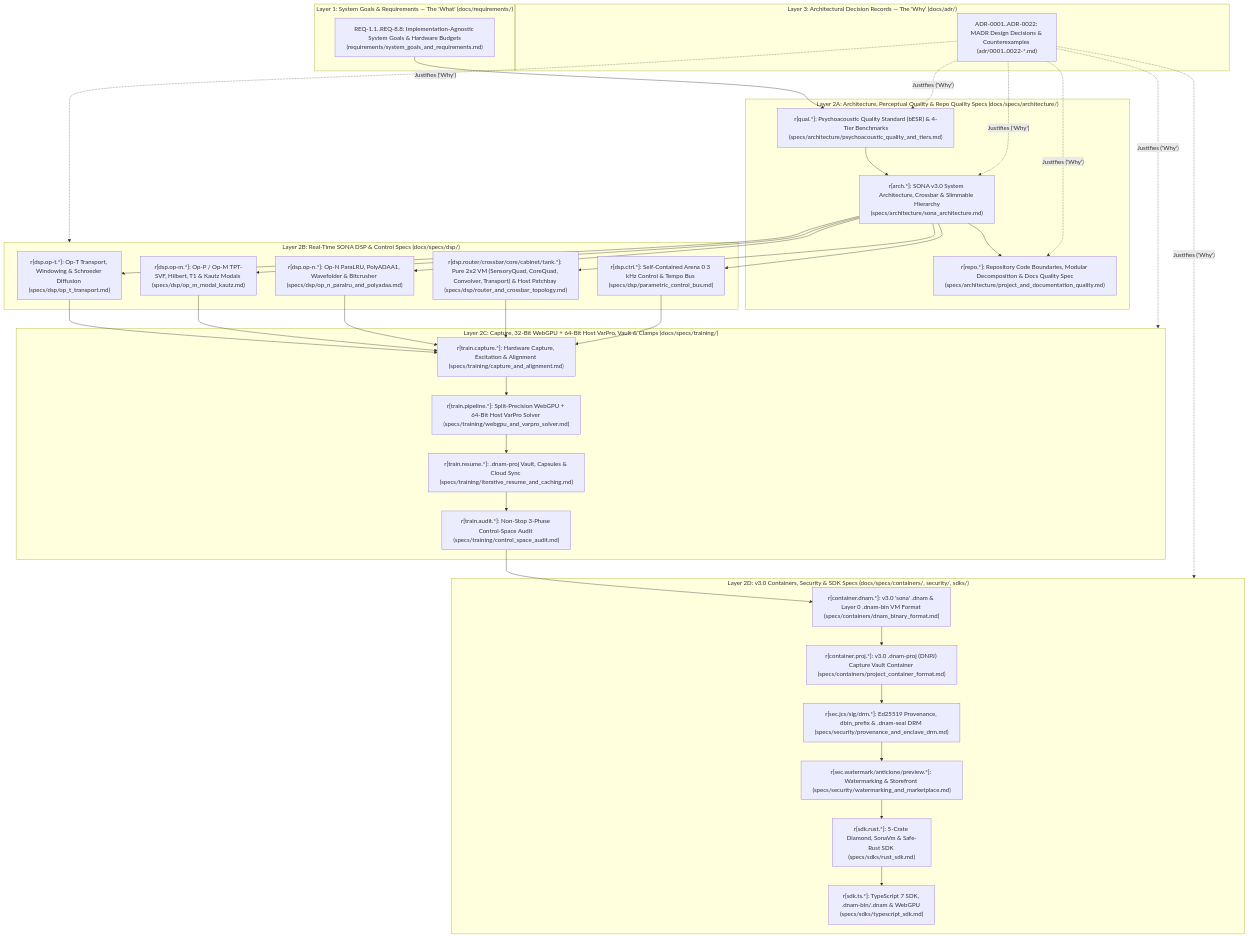
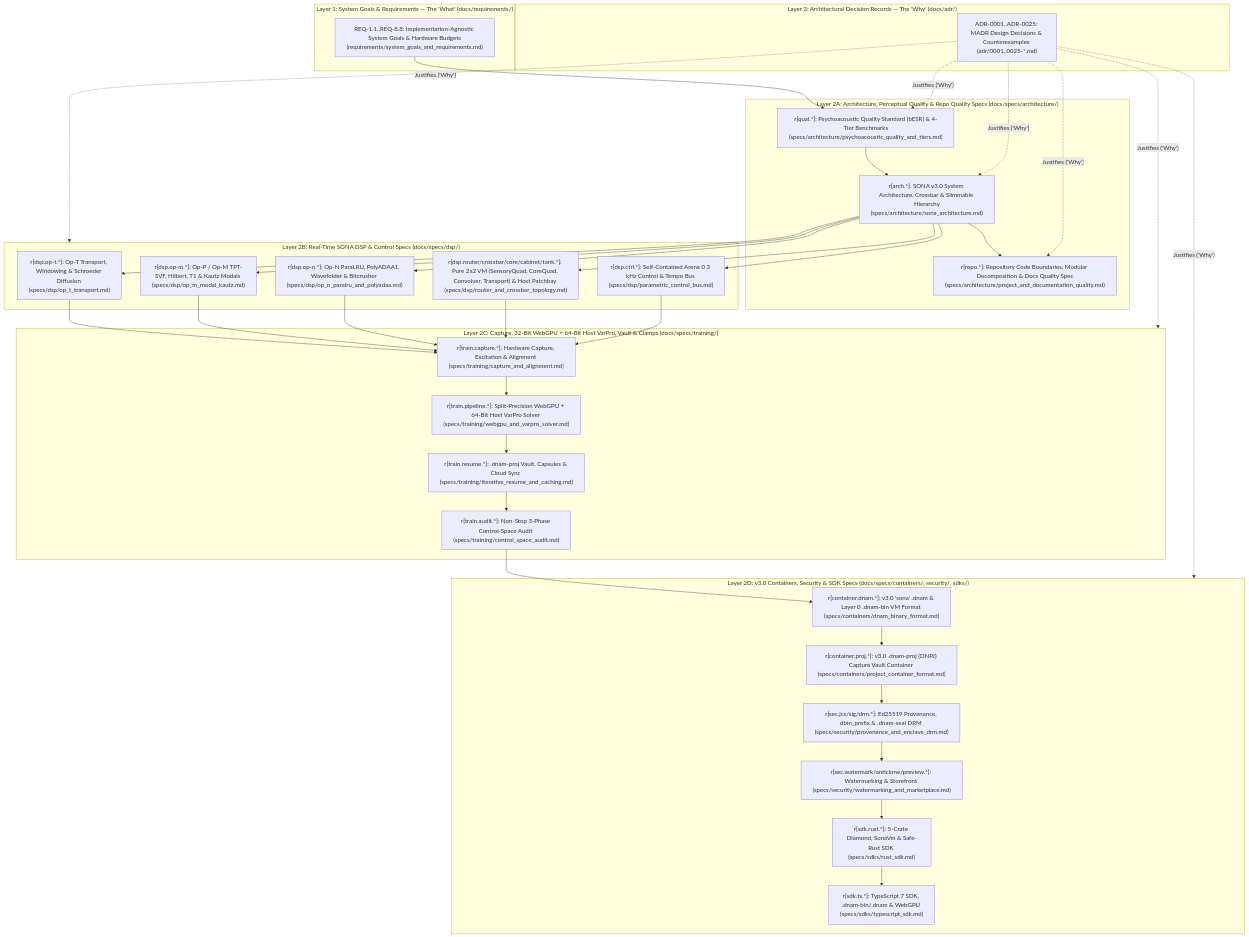
One commit to mokugen/dnam changed the diagram in docs/index.md. Above: the diagram before and after it, drawn with Mermaid. The commit also changed other lines of this file and 12 other files, not shown here.

````diff
--- a/docs/index.md
+++ b/docs/index.md
@@ -16,49 +16,49 @@
 ```mermaid
 flowchart TD
     subgraph Req ["Layer 1: System Goals & Requirements — The 'What' (docs/requirements/)"]
         G1["REQ-1.1..REQ-8.8: Implementation-Agnostic System Goals & Hardware Budgets<br/>(requirements/system_goals_and_requirements.md)"]
     end
 
     subgraph SpecsArch ["Layer 2A: Architecture, Perceptual Quality & Repo Quality Specs (docs/specs/architecture/)"]
         G2["r[qual.*]: Psychoacoustic Quality Standard (bESR) & 4-Tier Benchmarks<br/>(specs/architecture/psychoacoustic_quality_and_tiers.md)"]
         G3["r[arch.*]: SONA v3.0 System Architecture, Crossbar & Slimmable Hierarchy<br/>(specs/architecture/sona_architecture.md)"]
         G4["r[repo.*]: Repository Code Boundaries, Modular Decomposition & Docs Quality Spec<br/>(specs/architecture/project_and_documentation_quality.md)"]
         G2 --> G3 --> G4
     end
 
     subgraph SpecsDSP ["Layer 2B: Real-Time SONA DSP & Control Specs (docs/specs/dsp/)"]
         D1["r[dsp.op-t.*]: Op-T Transport, Windowing & Schroeder Diffusion (specs/dsp/op_t_transport.md)"]
         D2["r[dsp.op-m.*]: Op-P / Op-M TPT-SVF, Hilbert, T1 & Kautz Modals (specs/dsp/op_m_modal_kautz.md)"]
         D3["r[dsp.op-n.*]: Op-N ParaLRU, PolyADAA1, Wavefolder & Bitcrusher (specs/dsp/op_n_paralru_and_polyadaa.md)"]
         D4["r[dsp.router/crossbar/core/cabinet/tank.*]: Pure 2x2 VM (SensoryQuad, CoreQuad, Convolver, Transport) & Host Patchbay (specs/dsp/router_and_crossbar_topology.md)"]
         D5["r[dsp.ctrl.*]: Self-Contained Arena 0 3 kHz Control & Tempo Bus (specs/dsp/parametric_control_bus.md)"]
     end
 
     subgraph SpecsTrain ["Layer 2C: Capture, 32-Bit WebGPU + 64-Bit Host VarPro, Vault & Clamps (docs/specs/training/)"]
         T1["r[train.capture.*]: Hardware Capture, Excitation & Alignment (specs/training/capture_and_alignment.md)"]
         T2["r[train.pipeline.*]: Split-Precision WebGPU + 64-Bit Host VarPro Solver (specs/training/webgpu_and_varpro_solver.md)"]
         T3["r[train.resume.*]: .dnam-proj Vault, Capsules & Cloud Sync (specs/training/iterative_resume_and_caching.md)"]
         T4["r[train.audit.*]: Non-Stop 3-Phase Control-Space Audit (specs/training/control_space_audit.md)"]
         T1 --> T2 --> T3 --> T4
     end
 
     subgraph SpecsCont ["Layer 2D: v3.0 Containers, Security & SDK Specs (docs/specs/containers/, security/, sdks/)"]
         C1["r[container.dnam.*]: v3.0 'sona' .dnam & Layer 0 .dnam-bin VM Format (specs/containers/dnam_binary_format.md)"]
         C2["r[container.proj.*]: v3.0 .dnam-proj (DNPJ) Capture Vault Container (specs/containers/project_container_format.md)"]
         S1["r[sec.jcs/sig/drm.*]: Ed25519 Provenance, dbin_prefix & .dnam-seal DRM (specs/security/provenance_and_enclave_drm.md)"]
         S2["r[sec.watermark/anticlone/preview.*]: Watermarking & Storefront (specs/security/watermarking_and_marketplace.md)"]
         K1["r[sdk.rust.*]: 5-Crate Diamond, SonaVm & Safe-Rust SDK (specs/sdks/rust_sdk.md)"]
         K2["r[sdk.ts.*]: TypeScript 7 SDK, .dnam-bin/.dnam & WebGPU (specs/sdks/typescript_sdk.md)"]
         C1 --> C2 --> S1 --> S2 --> K1 --> K2
     end
 
     subgraph ADRs ["Layer 3: Architectural Decision Records — The 'Why' (docs/adr/)"]
-        A1["ADR-0001..ADR-0022: MADR Design Decisions & Counterexamples (adr/0001..0022-*.md)"]
+        A1["ADR-0001..ADR-0025: MADR Design Decisions & Counterexamples (adr/0001..0025-*.md)"]
     end
 
     G1 --> G2
     G3 --> D1 & D2 & D3 & D4 & D5
     D1 & D2 & D3 & D4 & D5 --> T1
     T4 --> C1
     A1 -.->|"Justifies ('Why')"| G2 & G3 & G4 & SpecsDSP & SpecsTrain & SpecsCont
 ```
````
